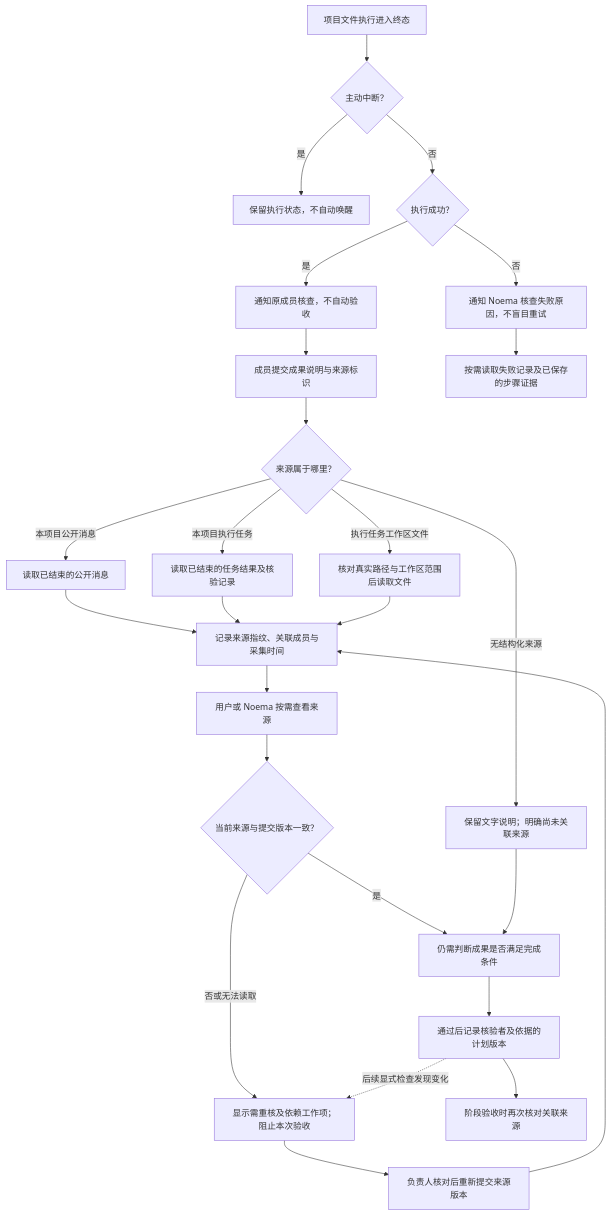
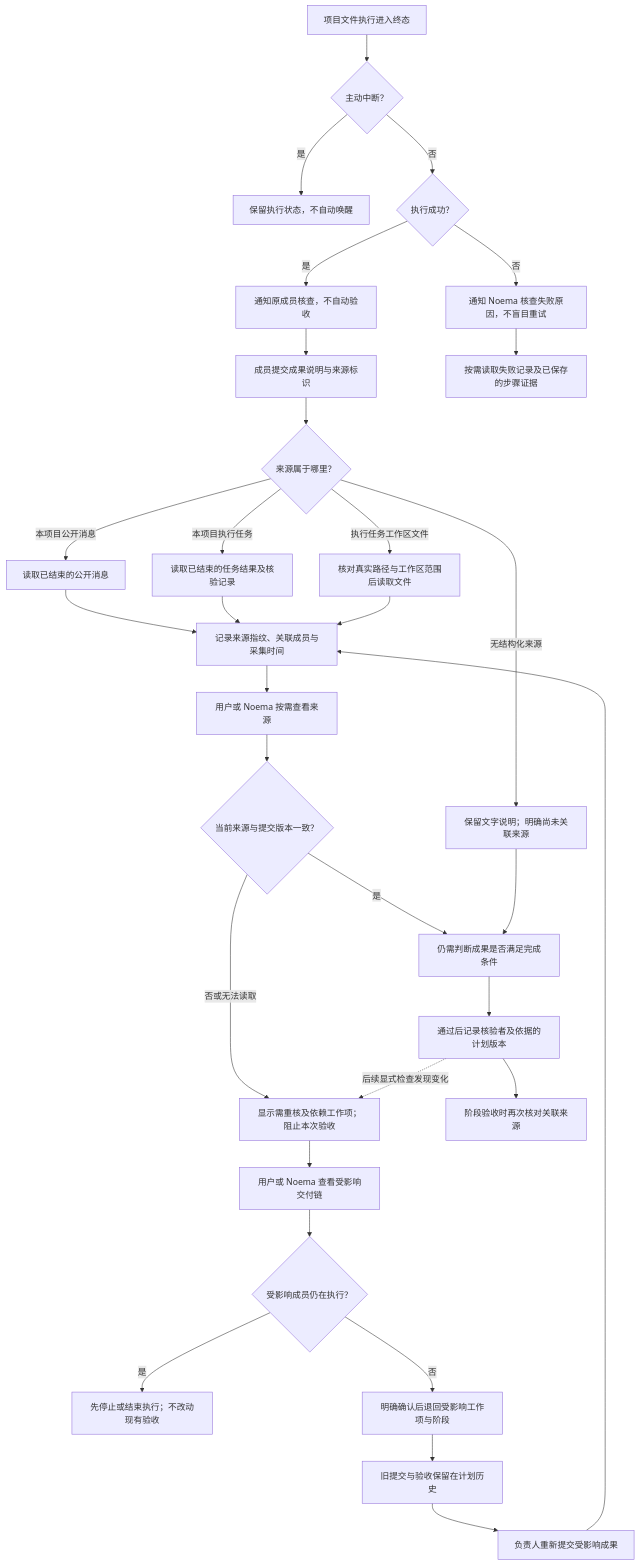
One commit to Noema-Harness/noema-agent changed the tenth of 14 diagrams in docs/design/noema-core-flows.md. Above: the diagram before and after it, drawn with Mermaid. The commit also changed 8 other files, not shown here.

Commit message:
fix(plan): reopen stale evidence dependency chains

````diff
--- a/docs/design/noema-core-flows.md
+++ b/docs/design/noema-core-flows.md
@@ -279,28 +279,33 @@
 ```mermaid
 flowchart TD
     EXEC_END[项目文件执行进入终态] --> INTERRUPTED{主动中断？}
     INTERRUPTED -- 是 --> HOLD[保留执行状态，不自动唤醒]
     INTERRUPTED -- 否 --> EXEC_OK{执行成功？}
     EXEC_OK -- 是 --> MEMBER_RESULT[通知原成员核查，不自动验收]
     EXEC_OK -- 否 --> FAILURE_RESULT[通知 Noema 核查失败原因，不盲目重试]
     MEMBER_RESULT --> RESULT
     FAILURE_RESULT --> READ_RESULT[按需读取失败记录及已保存的步骤证据]
     RESULT[成员提交成果说明与来源标识] --> SOURCE{来源属于哪里？}
     SOURCE -- 本项目公开消息 --> MESSAGE[读取已结束的公开消息]
     SOURCE -- 本项目执行任务 --> EXECUTION[读取已结束的任务结果及核验记录]
     SOURCE -- 执行任务工作区文件 --> FILE[核对真实路径与工作区范围后读取文件]
     MESSAGE --> SNAPSHOT[记录来源指纹、关联成员与采集时间]
     EXECUTION --> SNAPSHOT
     FILE --> SNAPSHOT
     SOURCE -- 无结构化来源 --> TEXT[保留文字说明；明确尚未关联来源]
     SNAPSHOT --> READ[用户或 Noema 按需查看来源]
     READ --> COMPARE{当前来源与提交版本一致？}
     COMPARE -- 否或无法读取 --> STALE[显示需重核及依赖工作项；阻止本次验收]
-    STALE --> RESUBMIT[负责人核对后重新提交来源版本]
+    STALE --> REVIEW_IMPACT[用户或 Noema 查看受影响交付链]
+    REVIEW_IMPACT --> ACTIVE{受影响成员仍在执行？}
+    ACTIVE -- 是 --> HOLD_REOPEN[先停止或结束执行；不改动现有验收]
+    ACTIVE -- 否 --> REOPEN[明确确认后退回受影响工作项与阶段]
+    REOPEN --> HISTORY[旧提交与验收保留在计划历史]
+    HISTORY --> RESUBMIT[负责人重新提交受影响成果]
     RESUBMIT --> SNAPSHOT
     COMPARE -- 是 --> JUDGE[仍需判断成果是否满足完成条件]
     TEXT --> JUDGE
     JUDGE --> ACCEPT[通过后记录核验者及依据的计划版本]
     ACCEPT --> PHASE[阶段验收时再次核对关联来源]
     ACCEPT -. 后续显式检查发现变化 .-> STALE
 ```
````
